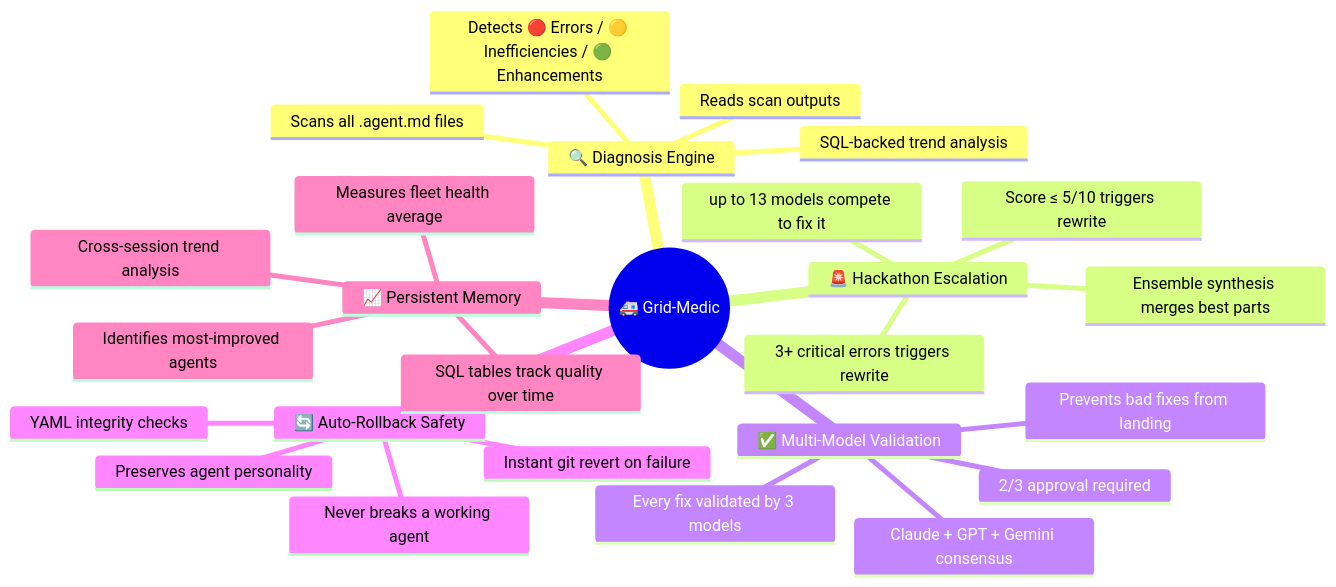
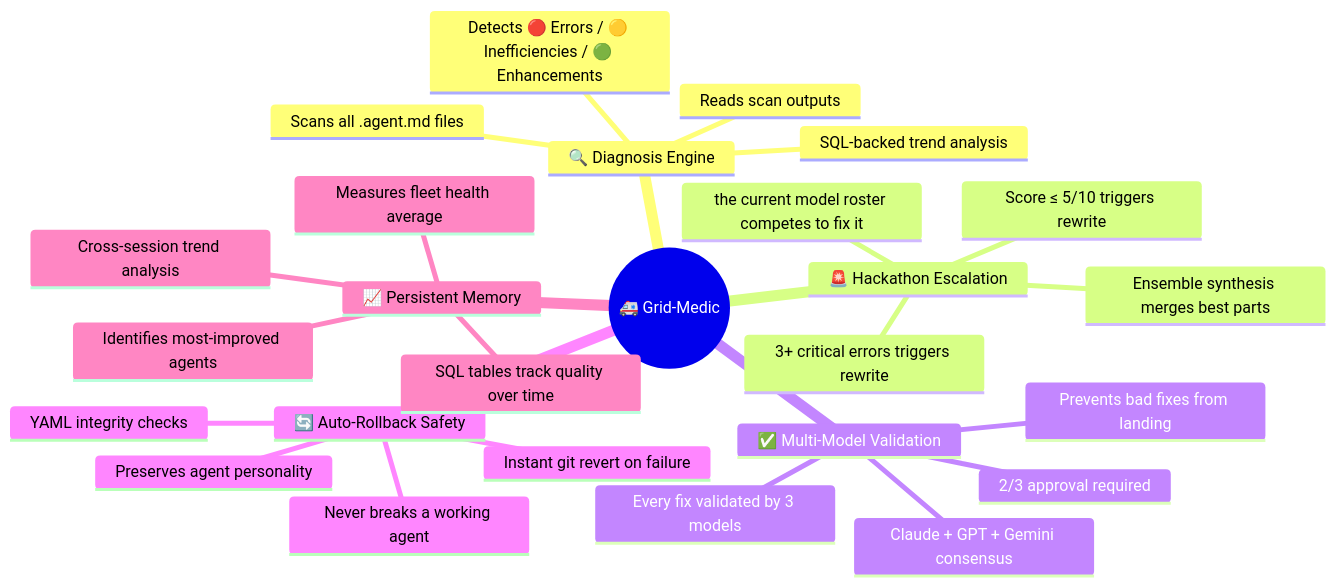
One commit to DUBSOpenHub/havoc-hackathon changed the third of 5 diagrams in docs/GRID-MEDIC-ARCHITECTURE.md. Above: the diagram before and after it, drawn with Mermaid. The commit also changed other lines of this file and 9 other files, not shown here.

First line of the commit message:
Refresh GitHub Copilot model roster monthly

````diff
--- a/docs/GRID-MEDIC-ARCHITECTURE.md
+++ b/docs/GRID-MEDIC-ARCHITECTURE.md
@@ -88,29 +88,29 @@
 ```mermaid
 mindmap
   root((🚑 Grid-Medic))
     🔍 Diagnosis Engine
       Scans all .agent.md files
       Reads scan outputs
       Detects 🔴 Errors / 🟡 Inefficiencies / 🟢 Enhancements
       SQL-backed trend analysis
     🚨 Hackathon Escalation
       Score ≤ 5/10 triggers rewrite
       3+ critical errors triggers rewrite
-      up to 13 models compete to fix it
+      the current model roster competes to fix it
       Ensemble synthesis merges best parts
     ✅ Multi-Model Validation
       Every fix validated by 3 models
       Claude + GPT + Gemini consensus
       2/3 approval required
       Prevents bad fixes from landing
     🔄 Auto-Rollback Safety
       YAML integrity checks
       Instant git revert on failure
       Never breaks a working agent
       Preserves agent personality
     📈 Persistent Memory
       SQL tables track quality over time
       Cross-session trend analysis
       Identifies most-improved agents
       Measures fleet health average
 ```
````
